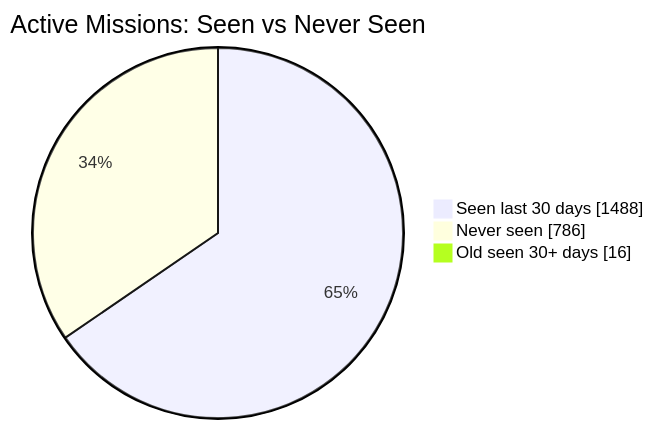
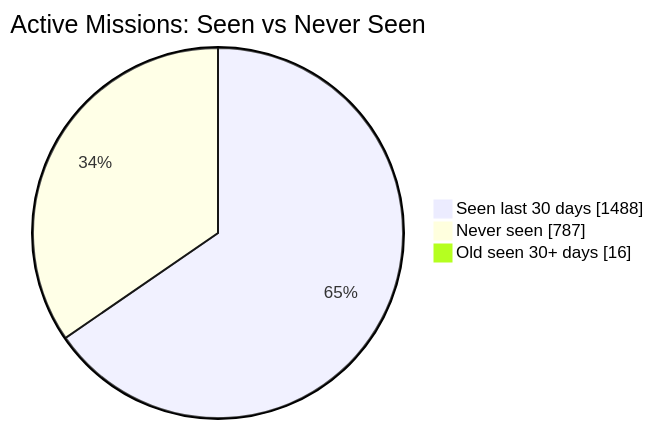
The first of 2 diagrams in README.md (MeldkamerspelGameTeam/active-missions), drawn with Mermaid before and after one commit. The commit also changed other lines of this file and 3 other files, not shown here.

````diff
--- a/README.md
+++ b/README.md
@@ -34,7 +34,7 @@
 ```mermaid
 pie showData
     title Active Missions: Seen vs Never Seen
     "Seen last 30 days" : 1488
-    "Never seen" : 786
+    "Never seen" : 787
     "Old seen 30+ days" : 16
 ```
````
